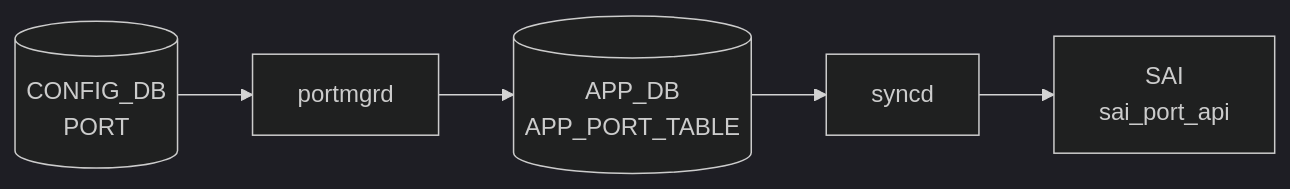
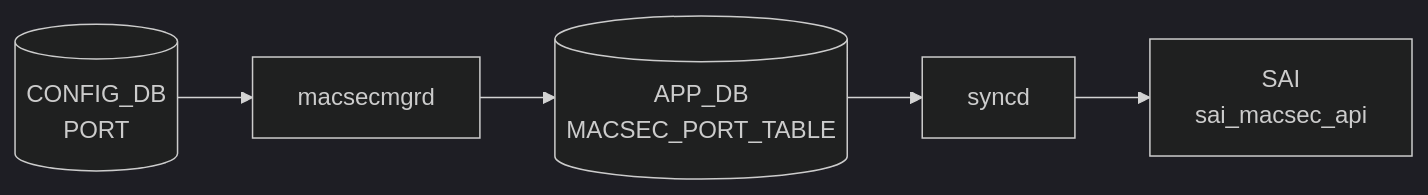
The diagram in docs/reference/config-db/macsec-port.md (aoki-taquan/sonic-unofficial-docs), drawn with Mermaid (dark theme) before and after one commit. The commit also changed 2 other files, not shown here.

Commit message:
fix(review-batch-093): correct mermaid labels and data-flow diagrams
- loopback-interface: APP_DB label 重複 "APP_DB|APP_DB" → "APP_DB|INTF_TABLE"
- macsec-port: データフロー図を portmgrd/sai_port_api から macsecmgrd/sai_macsec_api に修正
- macsec-profile: APP_DB label 重複 "APP_DB|APP_DB" → "APP_DB|MACSEC テーブル群"

````diff
--- a/docs/reference/config-db/macsec-port.md
+++ b/docs/reference/config-db/macsec-port.md
@@ -35,12 +35,12 @@
 ```mermaid
 flowchart LR
   CDB[("CONFIG_DB<br/>PORT")]
-  DM["portmgrd"]
+  DM["macsecmgrd"]
   CDB --> DM
-  APPDB[("APP_DB<br/>APP_PORT_TABLE")]
+  APPDB[("APP_DB<br/>MACSEC_PORT_TABLE")]
   DM --> APPDB
   SYNCD["syncd"]
   APPDB --> SYNCD
-  SAI["SAI<br/>sai_port_api"]
+  SAI["SAI<br/>sai_macsec_api"]
   SYNCD --> SAI
 ```
````
